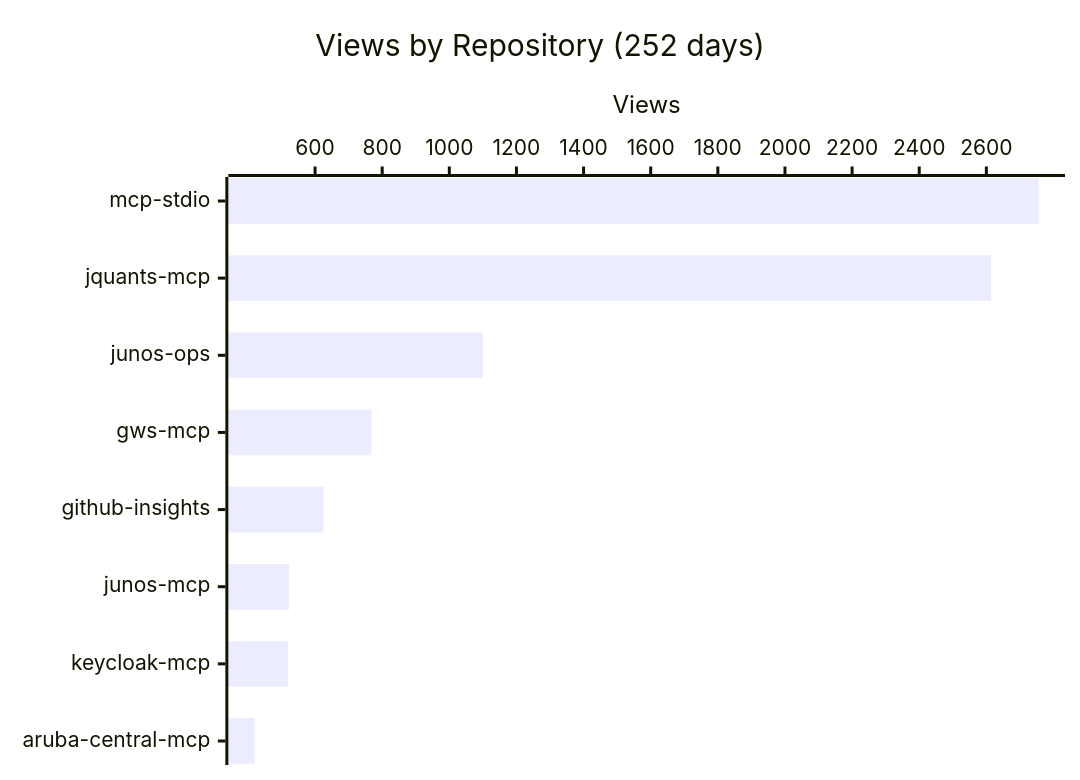
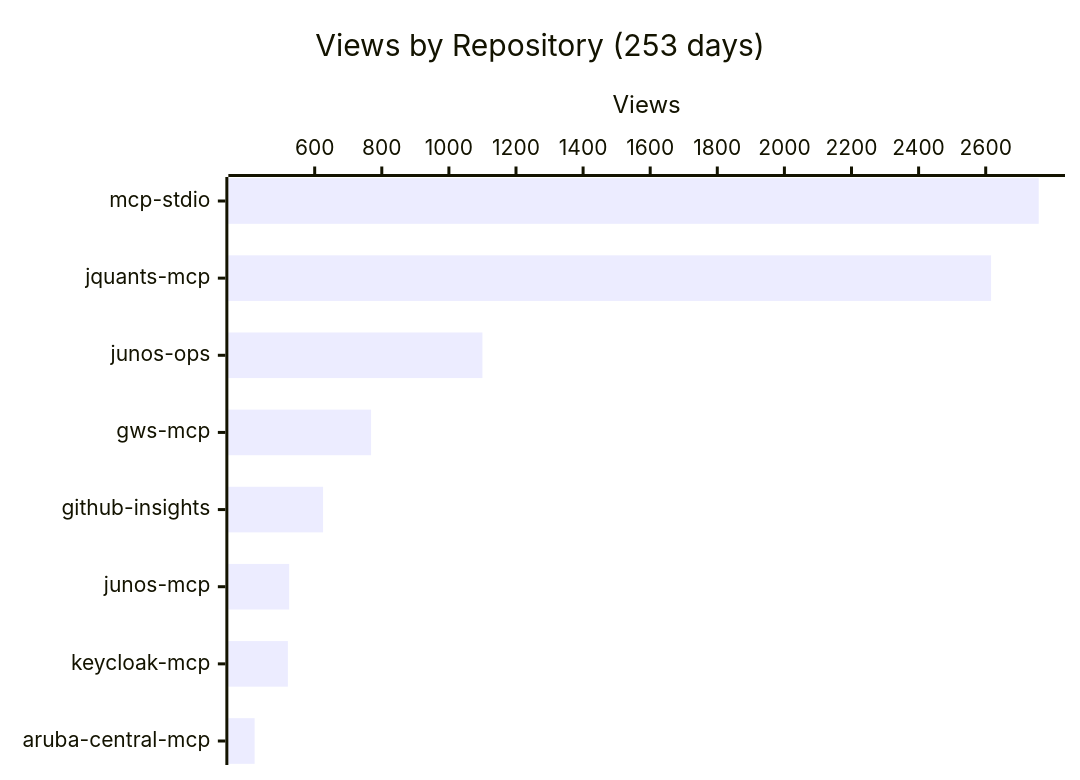
One commit to shigechika/github-insights changed the first of 4 diagrams in README.md. Above: the diagram before and after it, drawn with Mermaid. The commit also changed other lines of this file and 1 other file, not shown here.

````diff
--- a/README.md
+++ b/README.md
@@ -18,7 +18,7 @@
 ```mermaid
 xychart-beta horizontal
-    title "Views by Repository (252 days)"
+    title "Views by Repository (253 days)"
     x-axis ["mcp-stdio", "jquants-mcp", "junos-ops", "gws-mcp", "github-insights", "junos-mcp", "keycloak-mcp", "aruba-central-mcp"]
     y-axis "Views"
-    bar [2756, 2614, 1100, 768, 625, 523, 520, 420]
+    bar [2758, 2616, 1100, 768, 625, 524, 520, 421]
 ```
````
